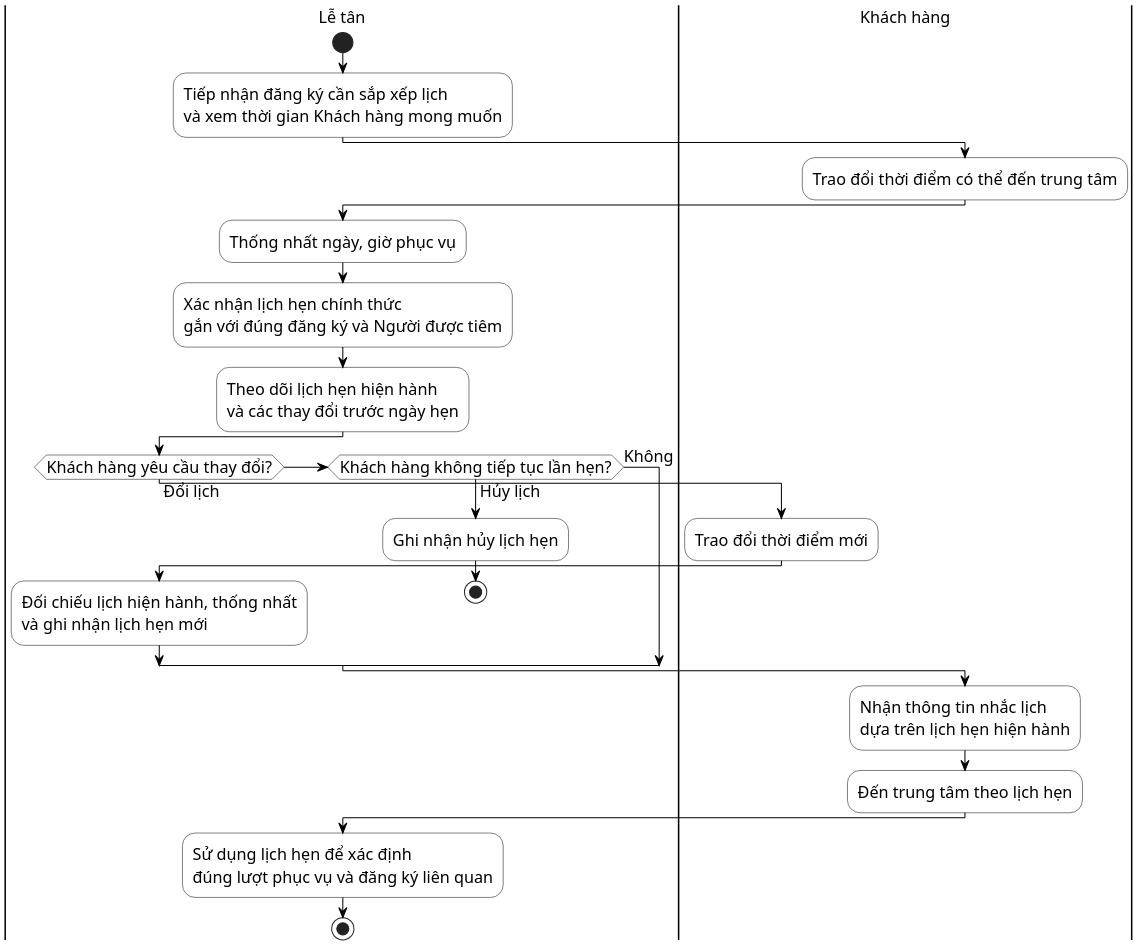
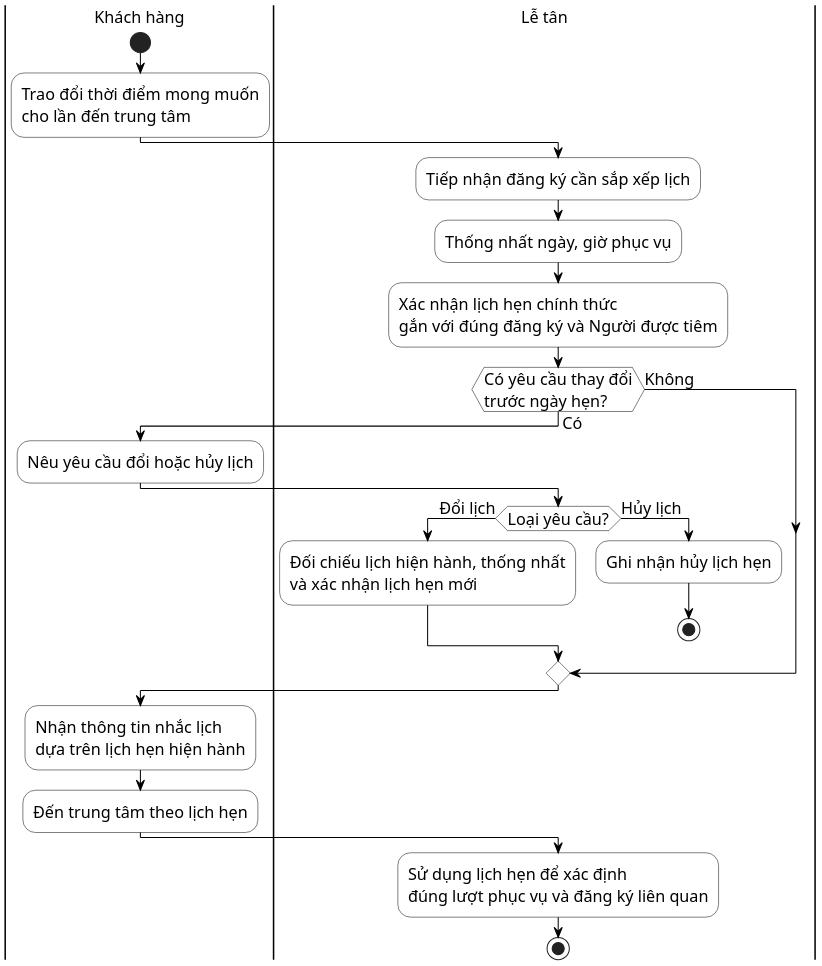
One commit to datngo1203/KLCN-QuanLyTiemChung changed the diagram in docs/thesis/uml/Hinh_2_5_Activity_Quan_Ly_Lich_Hen.puml. Above: the diagram before and after it, drawn with PlantUML. The commit also changed 8 other files, not shown here.

Commit message:
docs: normalize business UML print layout

```diff
--- a/docs/thesis/uml/Hinh_2_5_Activity_Quan_Ly_Lich_Hen.puml
+++ b/docs/thesis/uml/Hinh_2_5_Activity_Quan_Ly_Lich_Hen.puml
@@ -1,45 +1,44 @@
 @startuml
-' HUIT UML Visual Profile v1 - compact print layout
+' HUIT UML Visual Profile v1 - compact-fixed layout
 skinparam monochrome true
 skinparam shadowing false
 skinparam backgroundColor white
 skinparam defaultFontName "Times New Roman"
 skinparam defaultFontSize 16
 skinparam ArrowColor black
 skinparam ActivityBorderColor black
 skinparam ActivityBackgroundColor white
 skinparam PartitionBorderColor black
 skinparam PartitionBackgroundColor white
 skinparam dpi 180
 
-|Lễ tân|
+|Khách hàng|
 start
-:Tiếp nhận đăng ký cần sắp xếp lịch\nvà xem thời gian Khách hàng mong muốn;
-
-|Khách hàng|
-:Trao đổi thời điểm có thể đến trung tâm;
+:Trao đổi thời điểm mong muốn\ncho lần đến trung tâm;
 
 |Lễ tân|
+:Tiếp nhận đăng ký cần sắp xếp lịch;
 :Thống nhất ngày, giờ phục vụ;
 :Xác nhận lịch hẹn chính thức\ngắn với đúng đăng ký và Người được tiêm;
-:Theo dõi lịch hẹn hiện hành\nvà các thay đổi trước ngày hẹn;
 
-if (Khách hàng yêu cầu thay đổi?) then (Đổi lịch)
+if (Có yêu cầu thay đổi\ntrước ngày hẹn?) then (Có)
   |Khách hàng|
-  :Trao đổi thời điểm mới;
+  :Nêu yêu cầu đổi hoặc hủy lịch;
   |Lễ tân|
-  :Đối chiếu lịch hiện hành, thống nhất\nvà ghi nhận lịch hẹn mới;
-elseif (Khách hàng không tiếp tục lần hẹn?) then (Hủy lịch)
-  :Ghi nhận hủy lịch hẹn;
-  stop
+  if (Loại yêu cầu?) then (Đổi lịch)
+    :Đối chiếu lịch hiện hành, thống nhất\nvà xác nhận lịch hẹn mới;
+  else (Hủy lịch)
+    :Ghi nhận hủy lịch hẹn;
+    stop
+  endif
 else (Không)
 endif
 
 |Khách hàng|
 :Nhận thông tin nhắc lịch\ndựa trên lịch hẹn hiện hành;
 :Đến trung tâm theo lịch hẹn;
 
 |Lễ tân|
 :Sử dụng lịch hẹn để xác định\nđúng lượt phục vụ và đăng ký liên quan;
 stop
 @enduml
```
